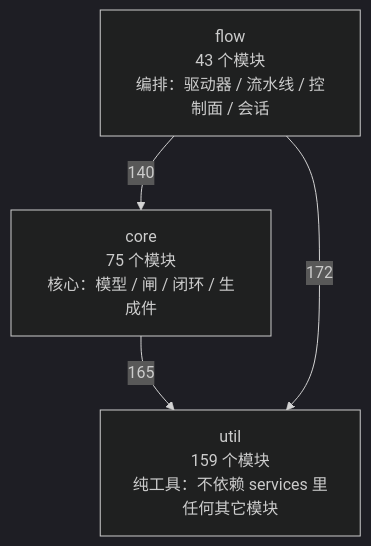
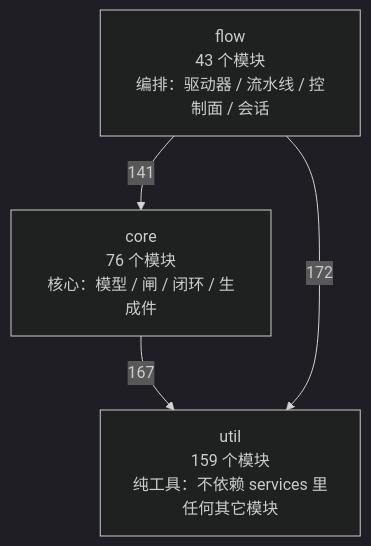
One commit to 2686521696/WhyBuddy changed the first of 4 diagrams in docs/SlideRule V6.2 架构图（自动生成）.md. Above: the diagram before and after it, drawn with Mermaid (dark theme). The commit also changed other lines of this file and 10 other files, not shown here.

````diff
--- a/docs/SlideRule V6.2 架构图（自动生成）.md
+++ b/docs/SlideRule V6.2 架构图（自动生成）.md
@@ -50,9 +50,9 @@
 ```mermaid
 flowchart TB
   util["util<br/>159 个模块<br/>纯工具：不依赖 services 里任何其它模块"]
-  core["core<br/>75 个模块<br/>核心：模型 / 闸 / 闭环 / 生成件"]
+  core["core<br/>76 个模块<br/>核心：模型 / 闸 / 闭环 / 生成件"]
   flow["flow<br/>43 个模块<br/>编排：驱动器 / 流水线 / 控制面 / 会话"]
-  core -->|165| util
-  flow -->|140| core
+  core -->|167| util
+  flow -->|141| core
   flow -->|172| util
 ```
````
